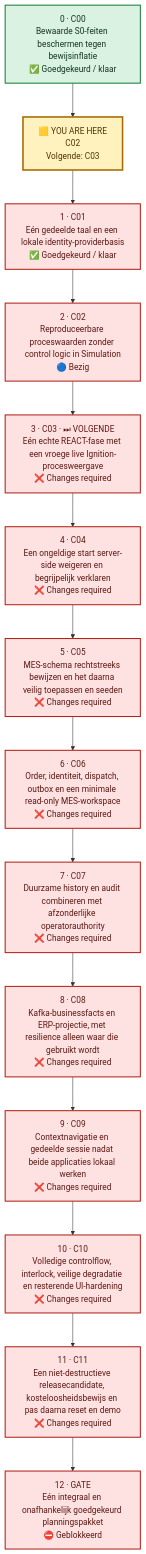
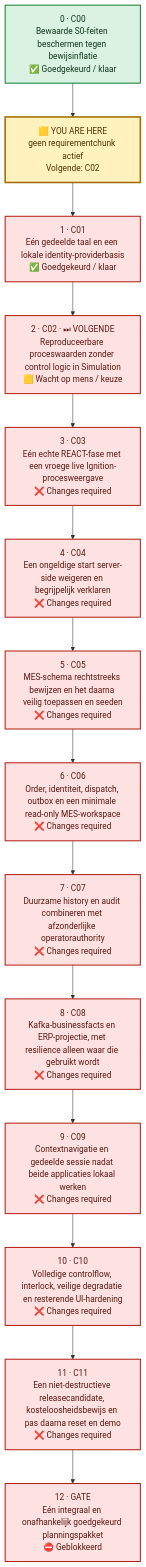
The diagram in chunks.mmd (Jandesch91/n1-bioforge-requirements-cockpit), drawn with Mermaid before and after one commit. The commit also changed 4 other files, not shown here.

```diff
--- a/chunks.mmd
+++ b/chunks.mmd
@@ -1,27 +1,27 @@
 %%{init: {"flowchart": {"curve": "linear", "nodeSpacing": 55, "rankSpacing": 65, "htmlLabels": true}}}%%
 flowchart TB
     %% One vertical lane: order is explicit and no dependency arrows cross.
     chunk_0["0 · C00<br/>Bewaarde S0-feiten beschermen tegen bewijsinflatie<br/>✅ Goedgekeurd / klaar"]
     chunk_1["1 · C01<br/>Eén gedeelde taal en een lokale identity-providerbasis<br/>✅ Goedgekeurd / klaar"]
-    chunk_2["2 · C02<br/>Reproduceerbare proceswaarden zonder control logic in Simulation<br/>🔵 Bezig"]
-    chunk_3["3 · C03 · ⏭ VOLGENDE<br/>Eén echte REACT-fase met een vroege live Ignition-procesweergave<br/>❌ Changes required"]
+    chunk_2["2 · C02 · ⏭ VOLGENDE<br/>Reproduceerbare proceswaarden zonder control logic in Simulation<br/>🟨 Wacht op mens / keuze"]
+    chunk_3["3 · C03<br/>Eén echte REACT-fase met een vroege live Ignition-procesweergave<br/>❌ Changes required"]
     chunk_4["4 · C04<br/>Een ongeldige start server-side weigeren en begrijpelijk verklaren<br/>❌ Changes required"]
     chunk_5["5 · C05<br/>MES-schema rechtstreeks bewijzen en het daarna veilig toepassen en seeden<br/>❌ Changes required"]
     chunk_6["6 · C06<br/>Order, identiteit, dispatch, outbox en een minimale read-only MES-workspace<br/>❌ Changes required"]
     chunk_7["7 · C07<br/>Duurzame history en audit combineren met afzonderlijke operatorauthority<br/>❌ Changes required"]
     chunk_8["8 · C08<br/>Kafka-businessfacts en ERP-projectie, met resilience alleen waar die gebruikt wordt<br/>❌ Changes required"]
     chunk_9["9 · C09<br/>Contextnavigatie en gedeelde sessie nadat beide applicaties lokaal werken<br/>❌ Changes required"]
     chunk_10["10 · C10<br/>Volledige controlflow, interlock, veilige degradatie en resterende UI-hardening<br/>❌ Changes required"]
     chunk_11["11 · C11<br/>Een niet-destructieve releasecandidate, kosteloosheidsbewijs en pas daarna reset en demo<br/>❌ Changes required"]
     chunk_12["12 · GATE<br/>Eén integraal en onafhankelijk goedgekeurd planningspakket<br/>⛔ Geblokkeerd"]
-    current_marker["🟨 YOU ARE HERE<br/>C02<br/>Volgende: C03"]
+    current_marker["🟨 YOU ARE HERE<br/>geen requirementchunk actief<br/>Volgende: C02"]
     chunk_0 --> current_marker --> chunk_1
     chunk_1 --> chunk_2 --> chunk_3 --> chunk_4 --> chunk_5 --> chunk_6 --> chunk_7 --> chunk_8 --> chunk_9 --> chunk_10 --> chunk_11 --> chunk_12
     classDef approved fill:#D9F2E1,stroke:#1B7F3A,color:#12351D,stroke-width:2px
     classDef changes fill:#FDE2E1,stroke:#B42318,color:#5D1712,stroke-width:2px
     classDef blocked fill:#FDE2E1,stroke:#B42318,color:#5D1712,stroke-width:2px
     classDef current fill:#FFF2BF,stroke:#A66B00,color:#4D3300,stroke-width:3px
     class chunk_0 approved
     class chunk_1,chunk_2,chunk_3,chunk_4,chunk_5,chunk_6,chunk_7,chunk_8,chunk_9,chunk_10,chunk_11 changes
     class chunk_12 blocked
     class current_marker current
```
